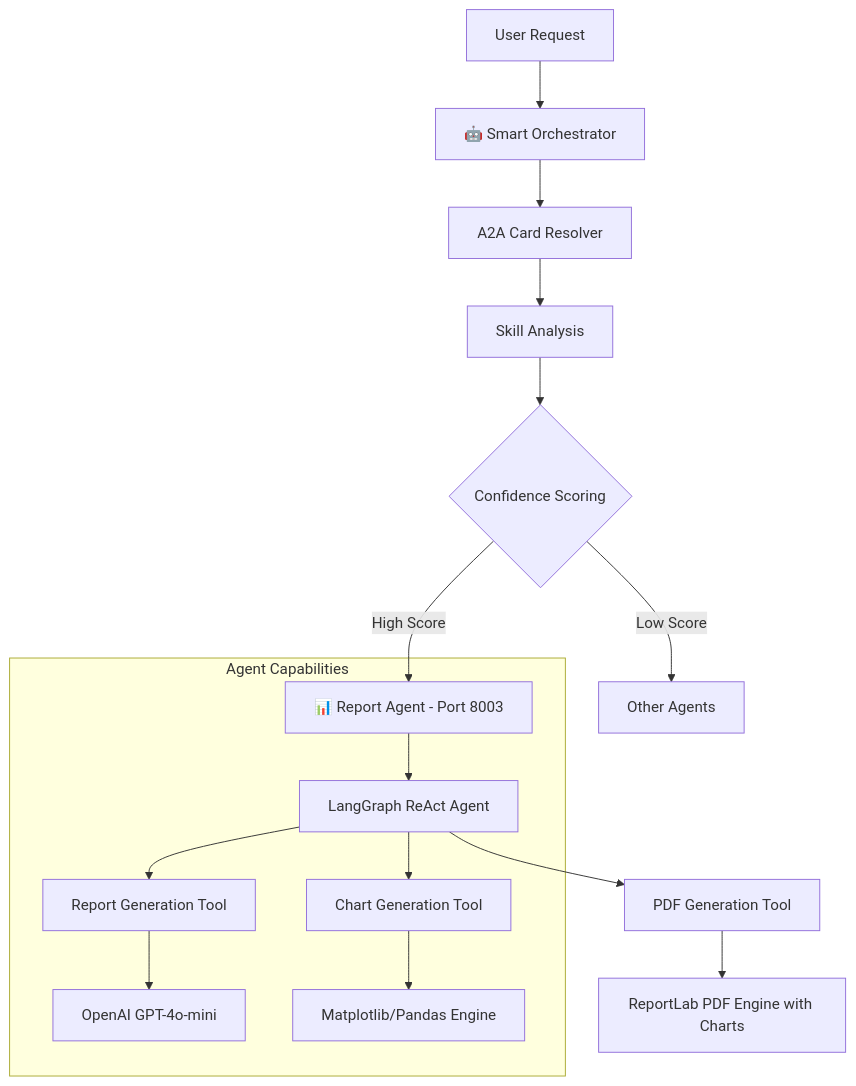
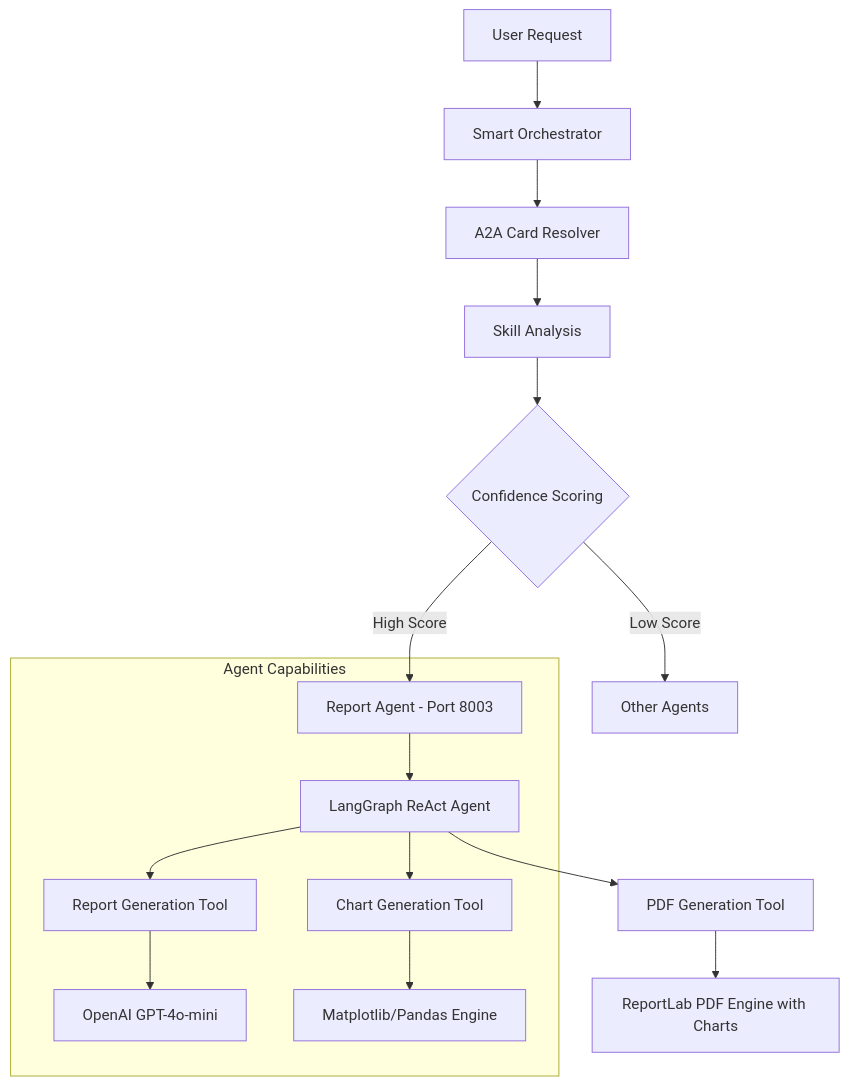
Before and after one commit to nayanika2304/multi-agent-orchestration: the diagram in RAG/reportAgent/README.md, drawn with Mermaid. The commit also changed other lines of this file and 17 other files, not shown here.

````diff
--- a/RAG/reportAgent/README.md
+++ b/RAG/reportAgent/README.md
@@ -27,26 +27,26 @@
 ```mermaid
 graph TD
-    A[User Request] --> B[🤖 Smart Orchestrator]
+    A[User Request] --> B[Smart Orchestrator]
     B --> C[A2A Card Resolver]
     C --> D[Skill Analysis]
     D --> E{Confidence Scoring}
-    E -->|High Score| F[📊 Report Agent - Port 8003]
+    E -->|High Score| F[Report Agent - Port 8003]
     E -->|Low Score| G[Other Agents]
     
     F --> H[LangGraph ReAct Agent]
     H --> I[Report Generation Tool]
     I --> J[OpenAI GPT-4o-mini]
     H --> K[Chart Generation Tool]
     K --> L[Matplotlib/Pandas Engine]
     H --> M[PDF Generation Tool]
     M --> N[ReportLab PDF Engine with Charts]
     
     subgraph "Agent Capabilities"
         F
         H
         I
         J
         K
         L
     end
 ```
````
